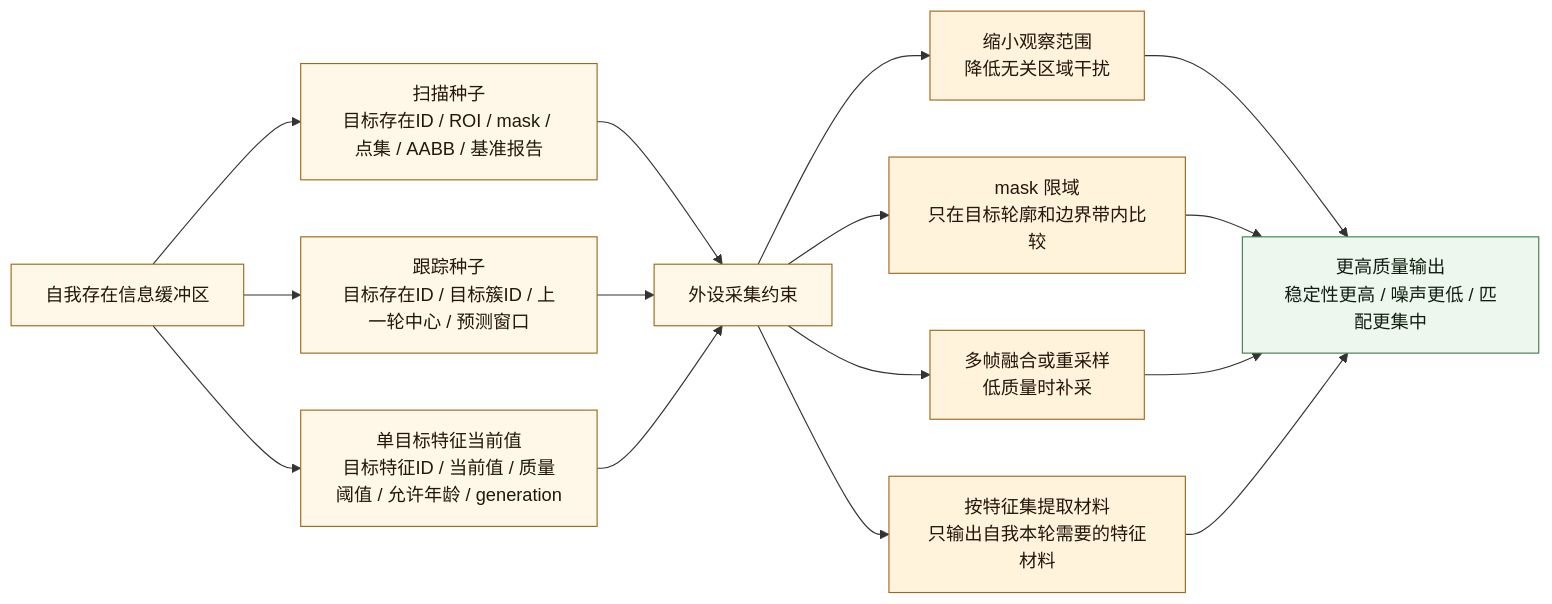
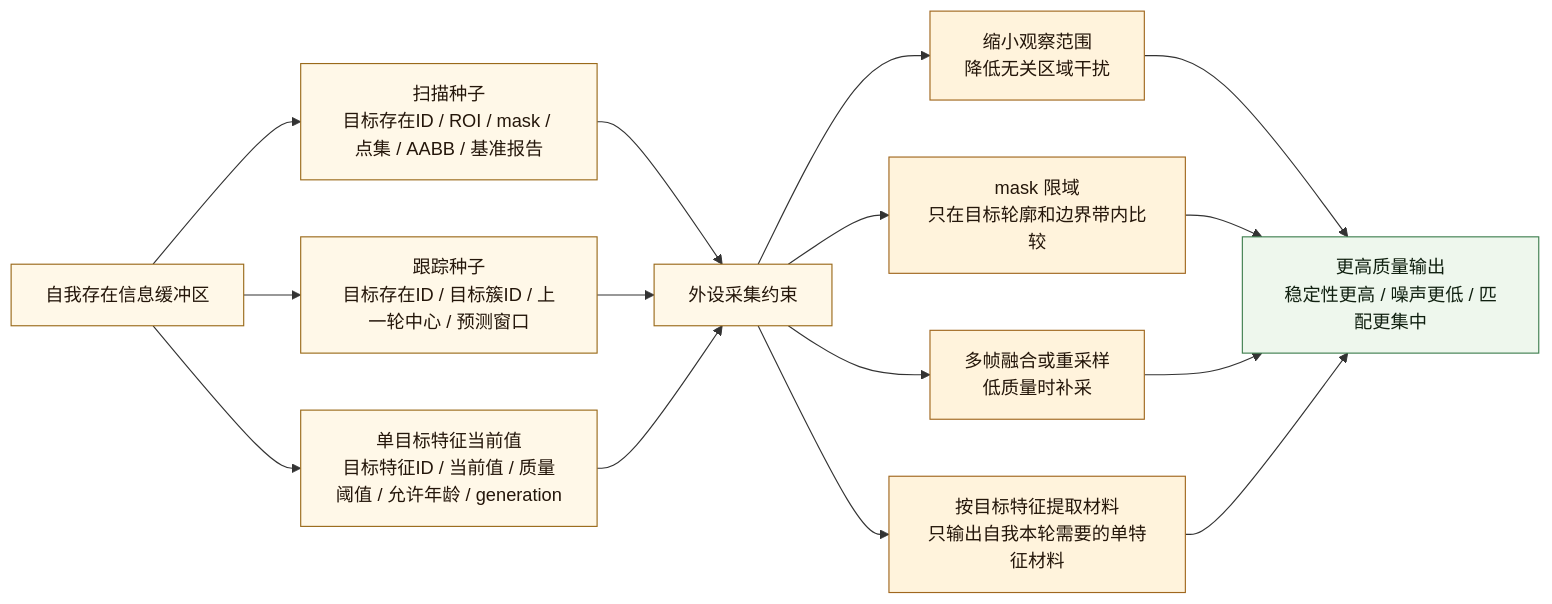
The second of 3 diagrams in 流程图/20260606_D455外设侧工作流程图_v0.2.md (chunhaizh-cyber/Birthplace-of-digital-civilization), drawn with Mermaid before and after one commit. The commit also changed other lines of this file and 7 other files, not shown here.

Commit message:
修订外设流程图正式承接口径

````diff
--- a/流程图/20260606_D455外设侧工作流程图_v0.2.md
+++ b/流程图/20260606_D455外设侧工作流程图_v0.2.md
@@ -139,29 +144,29 @@
 ```mermaid
 flowchart LR
     A["自我存在信息缓冲区"]
     B["扫描种子<br/>目标存在ID / ROI / mask / 点集 / AABB / 基准报告"]
     C["跟踪种子<br/>目标存在ID / 目标簇ID / 上一轮中心 / 预测窗口"]
     D["单目标特征当前值<br/>目标特征ID / 当前值 / 质量阈值 / 允许年龄 / generation"]
     E["外设采集约束"]
     F["缩小观察范围<br/>降低无关区域干扰"]
     G["mask 限域<br/>只在目标轮廓和边界带内比较"]
     H["多帧融合或重采样<br/>低质量时补采"]
-    I["按特征集提取材料<br/>只输出自我本轮需要的特征材料"]
+    I["按目标特征提取材料<br/>只输出自我本轮需要的单特征材料"]
     J["更高质量输出<br/>稳定性更高 / 噪声更低 / 匹配更集中"]
 
     A --> B --> E
     A --> C --> E
     A --> D --> E
     E --> F --> J
     E --> G --> J
     E --> H --> J
     E --> I --> J
 
     classDef buffer fill:#fff8e8,stroke:#9a6a1a,color:#24160a;
     classDef improve fill:#fff3dc,stroke:#a0671e,color:#24160a;
     classDef output fill:#eef7ed,stroke:#3f7f4f,color:#102010;
 
     class A,B,C,D,E buffer;
     class F,G,H,I improve;
     class J output;
 ```
````
